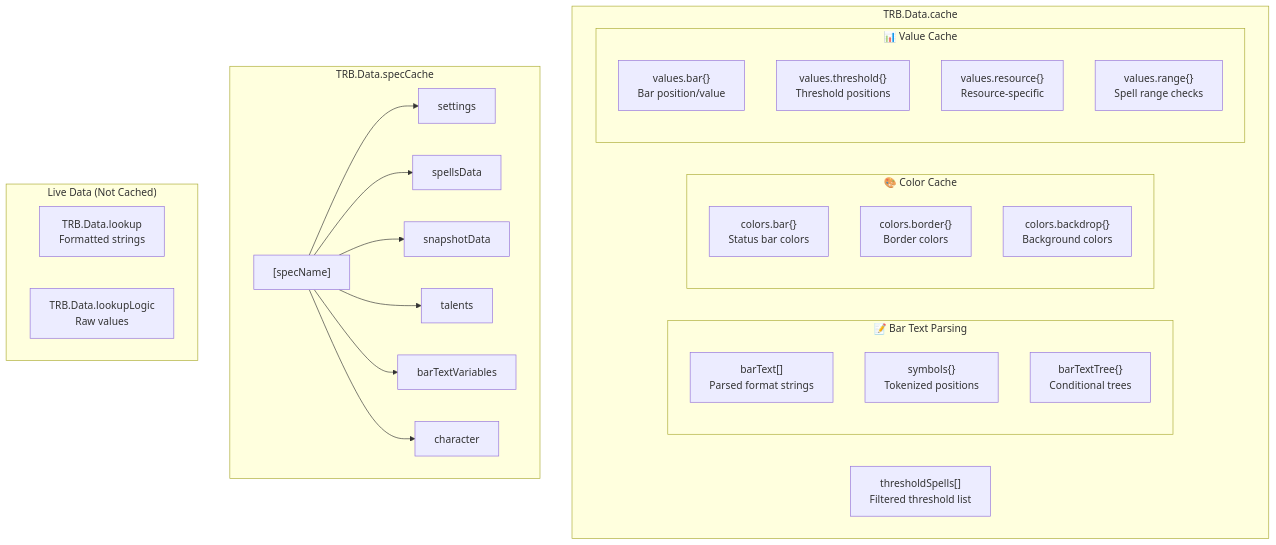
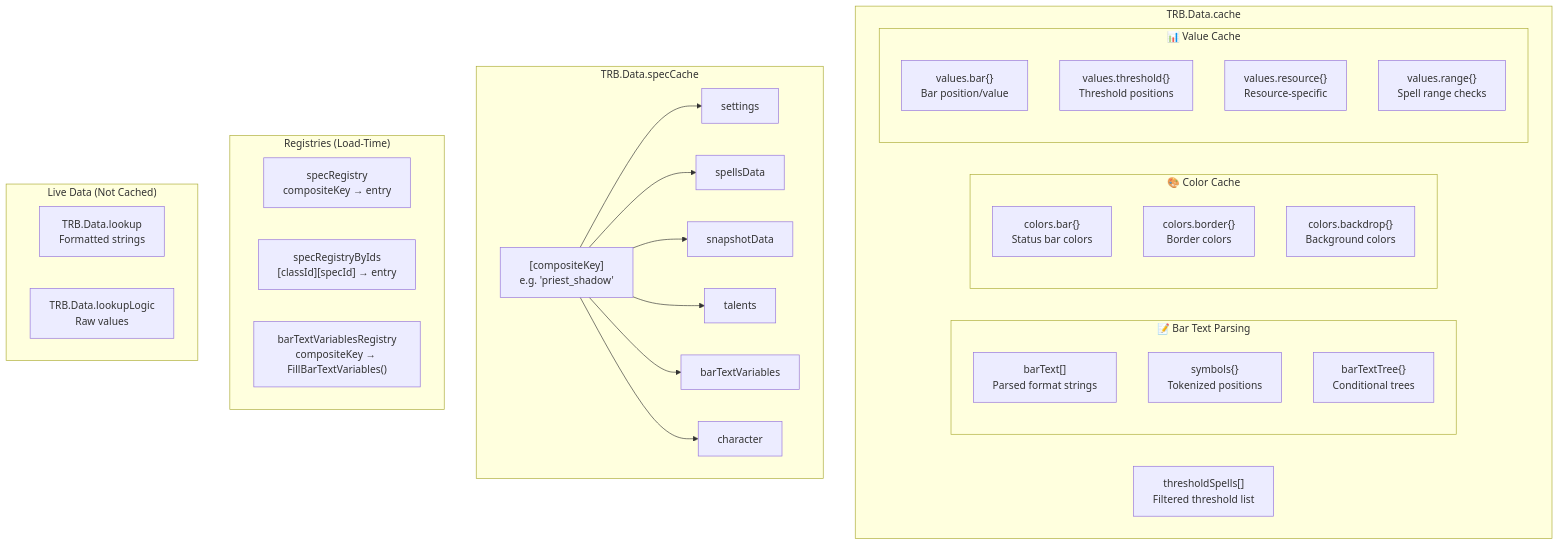
One commit to Twintop/TwintopInsanityBar changed the first of 4 diagrams in docs/caching-systems.md. Above: the diagram before and after it, drawn with Mermaid. The commit also changed other lines of this file and 2 other files, not shown here.

````diff
--- a/docs/caching-systems.md
+++ b/docs/caching-systems.md
@@ -7,40 +7,46 @@
 ```mermaid
 flowchart TB
     subgraph "TRB.Data.cache"
         subgraph "📝 Bar Text Parsing"
             BT["barText[]<br/>Parsed format strings"]
             SYM["symbols{}<br/>Tokenized positions"]
             BTT["barTextTree{}<br/>Conditional trees"]
         end
 
         subgraph "🎨 Color Cache"
             CB["colors.bar{}<br/>Status bar colors"]
             CBD["colors.border{}<br/>Border colors"]
             CBK["colors.backdrop{}<br/>Background colors"]
         end
 
         subgraph "📊 Value Cache"
             VB["values.bar{}<br/>Bar position/value"]
             VT["values.threshold{}<br/>Threshold positions"]
             VR["values.resource{}<br/>Resource-specific"]
             VRG["values.range{}<br/>Spell range checks"]
         end
 
         TS["thresholdSpells[]<br/>Filtered threshold list"]
     end
 
     subgraph "TRB.Data.specCache"
-        SC["[specName]"]
+        SC["[compositeKey]<br/>e.g. 'priest_shadow'"]
         SC --> SETS["settings"]
         SC --> SD["spellsData"]
         SC --> SND["snapshotData"]
         SC --> TAL["talents"]
         SC --> BTV["barTextVariables"]
         SC --> CHAR["character"]
     end
 
+    subgraph "Registries (Load-Time)"
+        SREG["specRegistry<br/>compositeKey → entry"]
+        SREGID["specRegistryByIds<br/>[classId][specId] → entry"]
+        BTVR["barTextVariablesRegistry<br/>compositeKey → FillBarTextVariables()"]
+    end
+
     subgraph "Live Data (Not Cached)"
         LU["TRB.Data.lookup<br/>Formatted strings"]
         LL["TRB.Data.lookupLogic<br/>Raw values"]
     end
 ```
````
